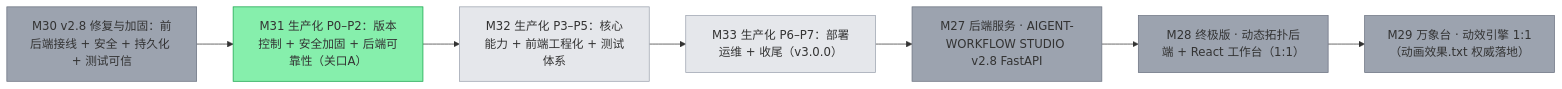
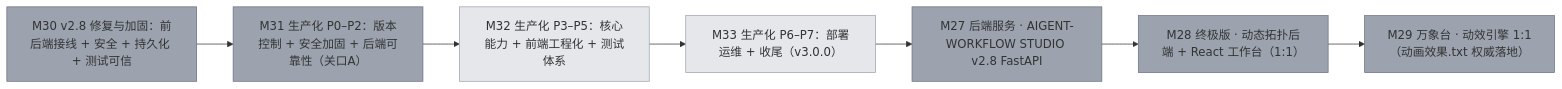
One commit to happy520ai/aigent-workflow-studio changed the diagram in PROJECT.md. Above: the diagram before and after it, drawn with Mermaid. The commit also changed other lines of this file and 6 other files, not shown here.

````diff
--- a/PROJECT.md
+++ b/PROJECT.md
@@ -9,20 +9,20 @@
 ```mermaid
 flowchart LR
   M30["M30 v2.8 修复与加固：前后端接线 + 安全 + 持久化 + 测试可信"]:::done
-  M31["M31 生产化 P0–P2：版本控制 + 安全加固 + 后端可靠性（关口A）"]:::active
+  M31["M31 生产化 P0–P2：版本控制 + 安全加固 + 后端可靠性（关口A）"]:::done
   M32["M32 生产化 P3–P5：核心能力 + 前端工程化 + 测试体系"]:::planned
   M33["M33 生产化 P6–P7：部署运维 + 收尾（v3.0.0）"]:::planned
   M27["M27 后端服务 · AIGENT-WORKFLOW STUDIO v2.8 FastAPI"]:::done
   M28["M28 终极版 · 动态拓扑后端 + React 工作台（1:1）"]:::done
   M29["M29 万象台 · 动效引擎 1:1（动画效果.txt 权威落地）"]:::done
   M30 --> M31
   M31 --> M32
   M32 --> M33
   M33 --> M27
   M27 --> M28
   M28 --> M29
   classDef done fill:#9ca3af,stroke:#6b7280
   classDef active fill:#86efac,stroke:#16a34a
   classDef planned fill:#e5e7eb,stroke:#9ca3af
   classDef paused fill:#fde68a,stroke:#d97706
 ```
````
